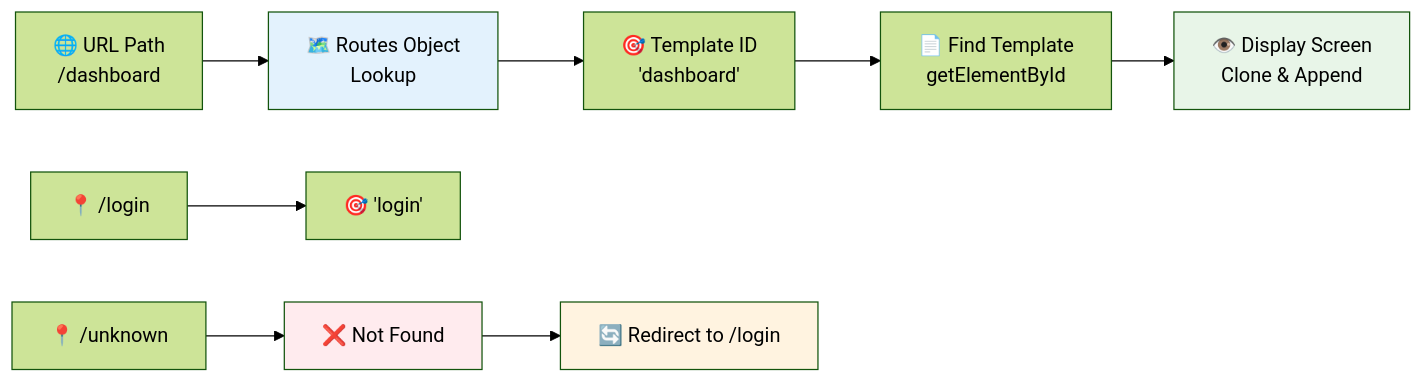
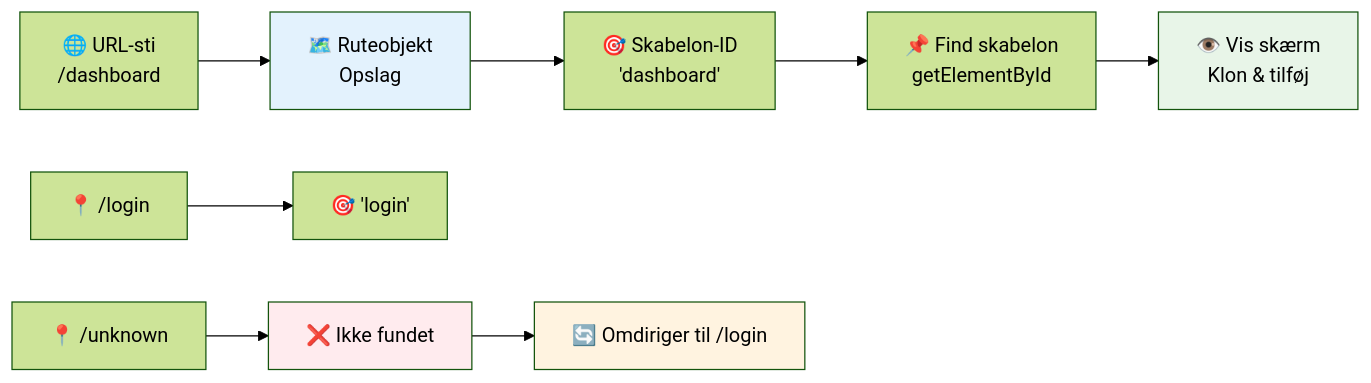
Before and after one commit to microsoft/Web-Dev-For-Beginners: the fifth of 9 diagrams in translations/da/7-bank-project/1-template-route/README.md, drawn with Mermaid (forest theme). The commit also changed other lines of this file and 41 other files, not shown here.

````diff
--- a/translations/da/7-bank-project/1-template-route/README.md
+++ b/translations/da/7-bank-project/1-template-route/README.md
@@ -269,16 +344,16 @@
 ```mermaid
 flowchart LR
-    A["🌐 URL Path<br/>/dashboard"] --> B["🗺️ Routes Object<br/>Lookup"]
-    B --> C["🎯 Template ID<br/>'dashboard'"]
-    C --> D["📄 Find Template<br/>getElementById"]
-    D --> E["👁️ Display Screen<br/>Clone & Append"]
+    A["🌐 URL-sti<br/>/dashboard"] --> B["🗺️ Ruteobjekt<br/>Opslag"]
+    B --> C["🎯 Skabelon-ID<br/>'dashboard'"]
+    C --> D["📌 Find skabelon<br/>getElementById"]
+    D --> E["👁️ Vis skærm<br/>Klon & tilføj"]
     
     F["📍 /login"] --> G["🎯 'login'"]
-    H["📍 /unknown"] --> I["❌ Not Found"]
-    I --> J["🔄 Redirect to /login"]
+    H["📍 /unknown"] --> I["❌ Ikke fundet"]
+    I --> J["🔄 Omdiriger til /login"]
     
     style B fill:#e3f2fd
     style E fill:#e8f5e8
     style I fill:#ffebee
     style J fill:#fff3e0
 ```
````
